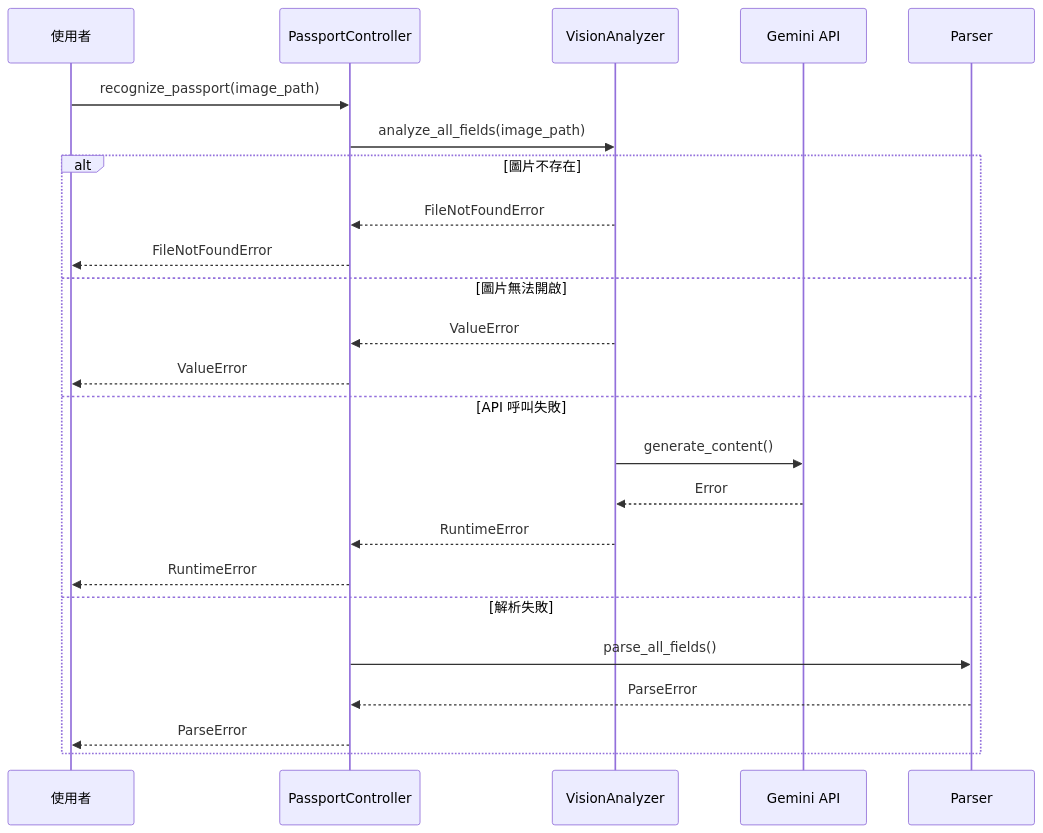
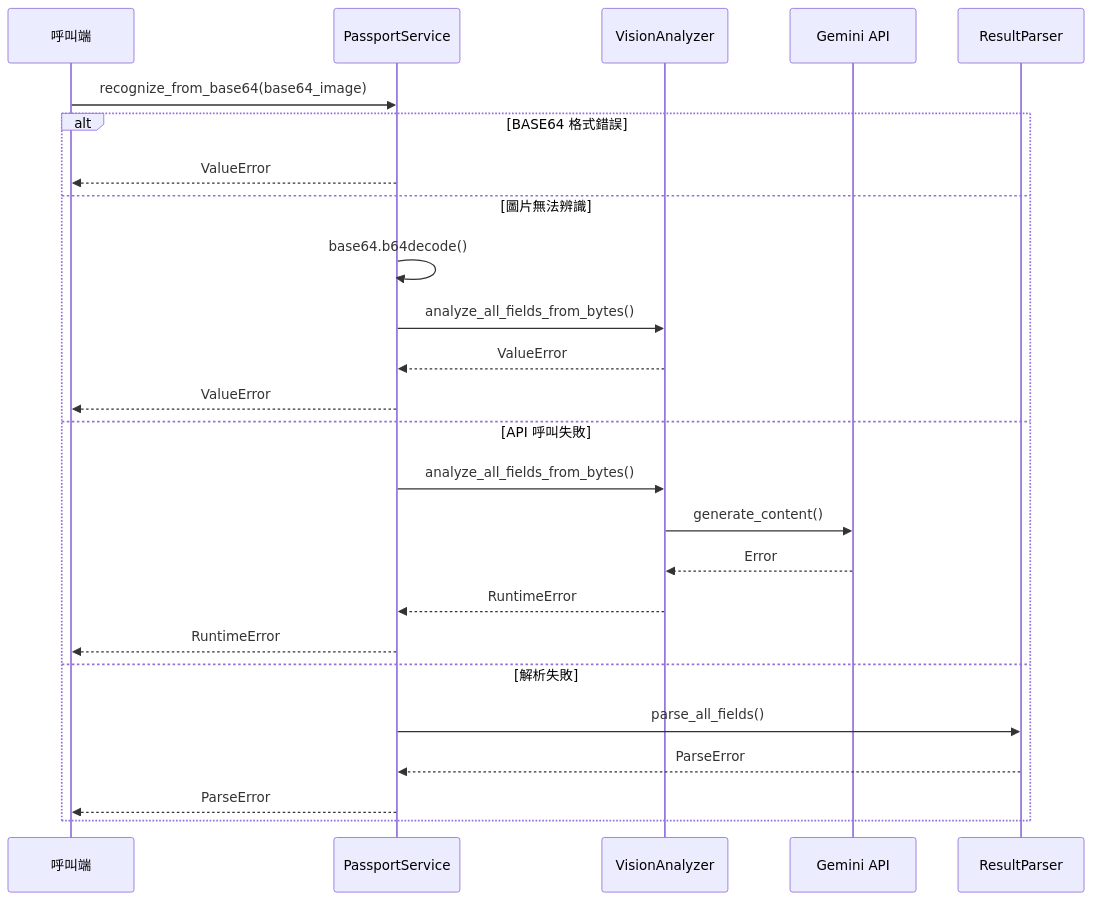
Before and after one commit to wu02067602/Passport-image-recognition: the fourth of 4 diagrams in 序列圖.md, drawn with Mermaid. The commit also changed other lines of this file and 10 other files, not shown here.

````diff
--- a/序列圖.md
+++ b/序列圖.md
@@ -162,27 +114,29 @@
 ```mermaid
 sequenceDiagram
-    participant User as 使用者
-    participant Controller as PassportController
+    participant Caller as 呼叫端
+    participant Service as PassportService
     participant Analyzer as VisionAnalyzer
     participant API as Gemini API
+    participant Parser as ResultParser
     
-    User->>Controller: recognize_passport(image_path)
-    Controller->>Analyzer: analyze_all_fields(image_path)
+    Caller->>Service: recognize_from_base64(base64_image)
     
-    alt 圖片不存在
-        Analyzer-->>Controller: FileNotFoundError
-        Controller-->>User: FileNotFoundError
-    else 圖片無法開啟
-        Analyzer-->>Controller: ValueError
-        Controller-->>User: ValueError
+    alt BASE64 格式錯誤
+        Service-->>Caller: ValueError
+    else 圖片無法辨識
+        Service->>Service: base64.b64decode()
+        Service->>Analyzer: analyze_all_fields_from_bytes()
+        Analyzer-->>Service: ValueError
+        Service-->>Caller: ValueError
     else API 呼叫失敗
+        Service->>Analyzer: analyze_all_fields_from_bytes()
         Analyzer->>API: generate_content()
         API-->>Analyzer: Error
-        Analyzer-->>Controller: RuntimeError
-        Controller-->>User: RuntimeError
+        Analyzer-->>Service: RuntimeError
+        Service-->>Caller: RuntimeError
     else 解析失敗
-        Controller->>Parser: parse_all_fields()
-        Parser-->>Controller: ParseError
-        Controller-->>User: ParseError
+        Service->>Parser: parse_all_fields()
+        Parser-->>Service: ParseError
+        Service-->>Caller: ParseError
     end
 ```
````
